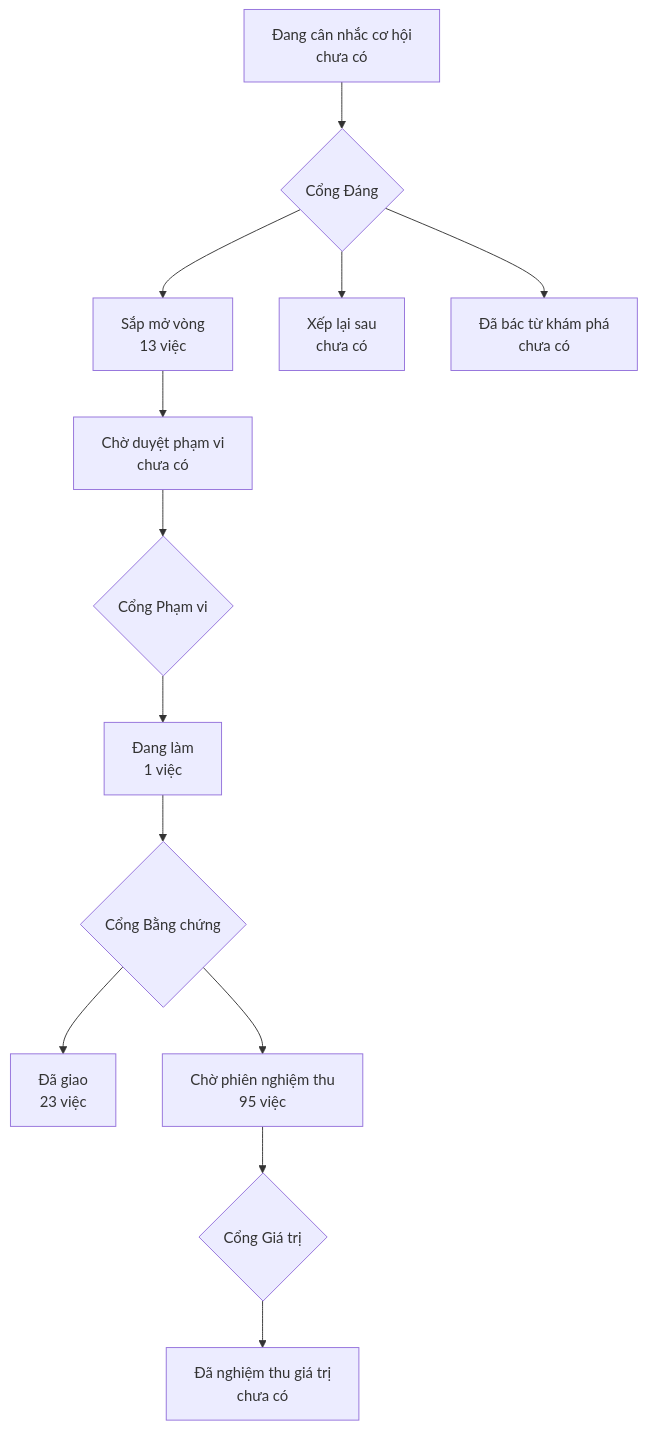
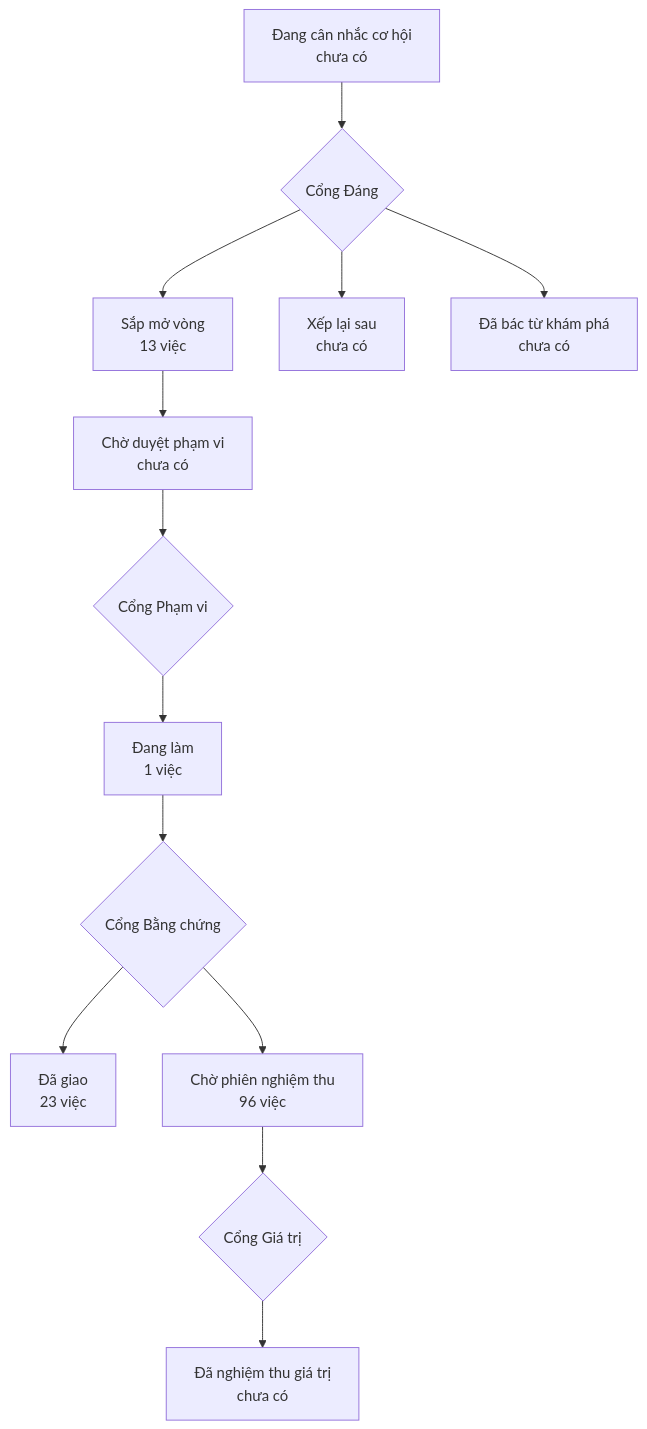
One commit to phanlemanh/onehub-quy-hang changed the diagram in PRODUCT-MAP.md. Above: the diagram before and after it, drawn with Mermaid. The commit also changed other lines of this file and 1 other file, not shown here.

Commit message:
chore(map): vẽ lại sau gộp main

````diff
--- a/PRODUCT-MAP.md
+++ b/PRODUCT-MAP.md
@@ -7,12 +7,12 @@
 ```mermaid
 flowchart TD
   A["Đang cân nhắc cơ hội<br/>chưa có"] --> GD{"Cổng Đáng"}
   GD --> B["Sắp mở vòng<br/>13 việc"]
   GD --> XL["Xếp lại sau<br/>chưa có"]
   GD --> DB["Đã bác từ khám phá<br/>chưa có"]
   B --> CD["Chờ duyệt phạm vi<br/>chưa có"] --> GP{"Cổng Phạm vi"}
   GP --> DL["Đang làm<br/>1 việc"] --> GB{"Cổng Bằng chứng"}
   GB --> DG["Đã giao<br/>23 việc"]
-  GB --> CN["Chờ phiên nghiệm thu<br/>95 việc"] --> GG{"Cổng Giá trị"}
+  GB --> CN["Chờ phiên nghiệm thu<br/>96 việc"] --> GG{"Cổng Giá trị"}
   GG --> NT["Đã nghiệm thu giá trị<br/>chưa có"]
 ```
````
